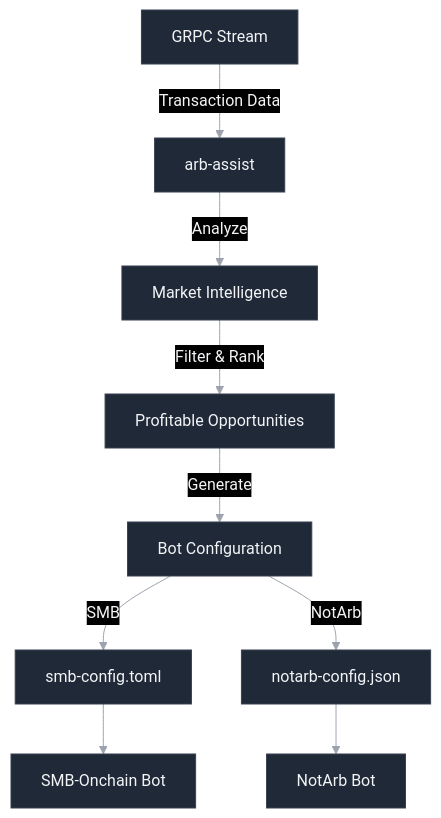
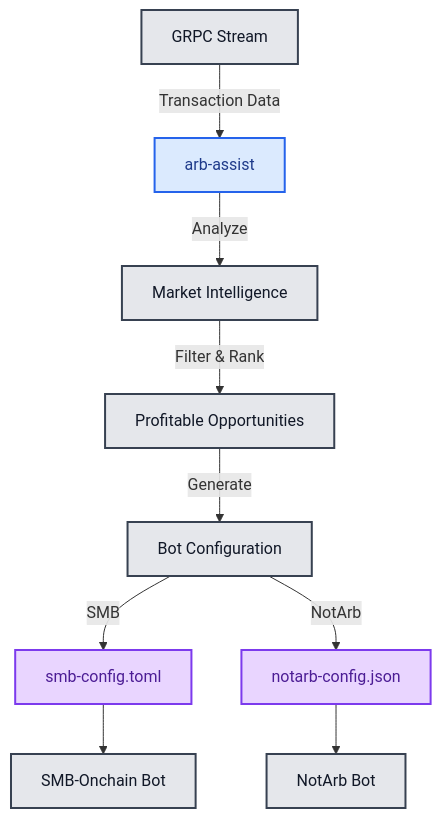
The diagram in docs/introduction/overview.md (capicua4454/arb-assist), drawn with Mermaid before and after one commit. The commit also changed 2 other files, not shown here.

Commit message:
Use light-colored Mermaid diagrams that work on any background
- Removed theme configuration attempts since GitBook doesn't respect them
- Used light gray and pastel colors that are visible on both white and dark backgrounds
- Added classDef styling to differentiate node types
- This approach accepts the white background limitation but ensures readability

````diff
--- a/docs/introduction/overview.md
+++ b/docs/introduction/overview.md
@@ -30,27 +30,18 @@
 ```mermaid
----
-config:
-  theme: 'base'
-  themeVariables:
-    darkMode: true
-    background: '#00000000'
-    primaryColor: '#1f2937'
-    primaryTextColor: '#f3f4f6'
-    primaryBorderColor: '#374151'
-    lineColor: '#9ca3af'
-    secondaryColor: '#374151'
-    tertiaryColor: '#4b5563'
-    mainBkg: '#1f2937'
-    secondBkg: '#374151'
-    tertiaryBkg: '#4b5563'
----
 graph TD
     A[GRPC Stream] -->|Transaction Data| B[arb-assist]
     B -->|Analyze| C[Market Intelligence]
     C -->|Filter & Rank| D[Profitable Opportunities]
     D -->|Generate| E[Bot Configuration]
     E -->|SMB| F[smb-config.toml]
     E -->|NotArb| G[notarb-config.json]
     F --> H[SMB-Onchain Bot]
     G --> I[NotArb Bot]
+    
+    classDef default fill:#e5e7eb,stroke:#374151,stroke-width:2px,color:#111827
+    classDef highlight fill:#dbeafe,stroke:#2563eb,stroke-width:2px,color:#1e3a8a
+    classDef output fill:#e9d5ff,stroke:#7c3aed,stroke-width:2px,color:#4c1d95
+    
+    class B highlight
+    class F,G output
 ```
````
